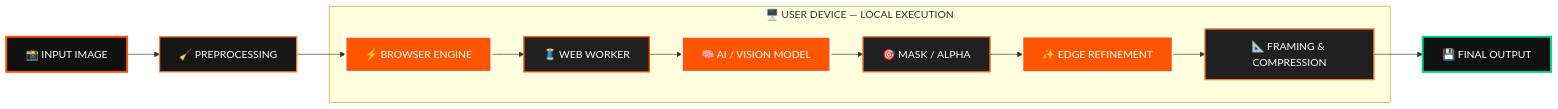
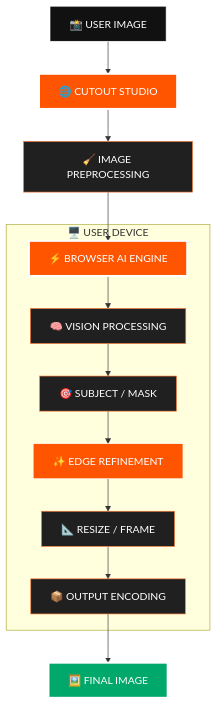
The first of 8 diagrams in README.md (AkshatRaj00/cutout-studio), drawn with Mermaid before and after one commit. The commit also changed other lines of this file, not shown here.

````diff
--- a/README.md
+++ b/README.md
@@ -86,27 +45,32 @@
 ```mermaid
-flowchart LR
+flowchart TD
 
-    A["📸 INPUT IMAGE"] --> B["🧹 PREPROCESSING"]
+    A["📸 USER IMAGE"] --> B["🌐 CUTOUT STUDIO"]
 
-    B --> C["⚡ BROWSER ENGINE"]
+    B --> C["🧹 IMAGE PREPROCESSING"]
 
-    subgraph LOCAL["🖥️ USER DEVICE — LOCAL EXECUTION"]
-        C --> D["🧵 WEB WORKER"]
-        D --> E["🧠 AI / VISION MODEL"]
-        E --> F["🎯 MASK / ALPHA"]
+    C --> D["⚡ BROWSER AI ENGINE"]
+
+    subgraph LOCAL["🖥️ USER DEVICE"]
+
+        D --> E["🧠 VISION PROCESSING"]
+        E --> F["🎯 SUBJECT / MASK"]
         F --> G["✨ EDGE REFINEMENT"]
-        G --> H["📐 FRAMING & COMPRESSION"]
+        G --> H["📐 RESIZE / FRAME"]
+        H --> I["📦 OUTPUT ENCODING"]
+
     end
 
-    H --> I["💾 FINAL OUTPUT"]
+    I --> J["🖼️ FINAL IMAGE"]
 
-    style A fill:#111111,stroke:#ff5500,stroke-width:3px,color:#ffffff
-    style B fill:#171717,stroke:#ff7a35,stroke-width:2px,color:#ffffff
-    style C fill:#ff5500,stroke:#ffffff,stroke-width:3px,color:#ffffff
-    style D fill:#202020,stroke:#ff5500,stroke-width:2px,color:#ffffff
-    style E fill:#ff5500,stroke:#ffffff,stroke-width:3px,color:#ffffff
-    style F fill:#202020,stroke:#ff7a35,stroke-width:2px,color:#ffffff
-    style G fill:#ff5500,stroke:#ffffff,stroke-width:2px,color:#ffffff
-    style H fill:#202020,stroke:#ff7a35,stroke-width:2px,color:#ffffff
-    style I fill:#111111,stroke:#00d084,stroke-width:3px,color:#ffffff
+    style A fill:#111111,stroke:#ffffff,color:#ffffff
+    style B fill:#ff5500,stroke:#ffffff,stroke-width:3px,color:#ffffff
+    style C fill:#202020,stroke:#ff7a35,color:#ffffff
+    style D fill:#ff5500,stroke:#ffffff,stroke-width:3px,color:#ffffff
+    style E fill:#202020,stroke:#ff7a35,color:#ffffff
+    style F fill:#202020,stroke:#ff7a35,color:#ffffff
+    style G fill:#ff5500,stroke:#ffffff,color:#ffffff
+    style H fill:#202020,stroke:#ff7a35,color:#ffffff
+    style I fill:#202020,stroke:#ff7a35,color:#ffffff
+    style J fill:#00a86b,stroke:#ffffff,stroke-width:3px,color:#ffffff
 ```
````
